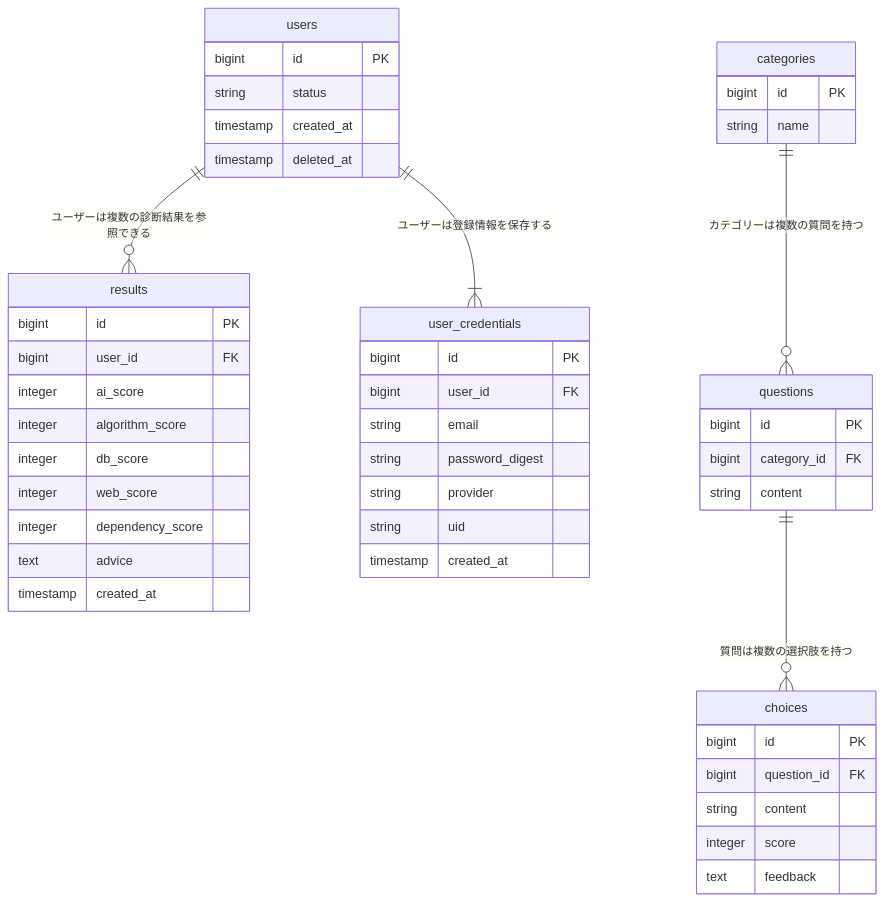
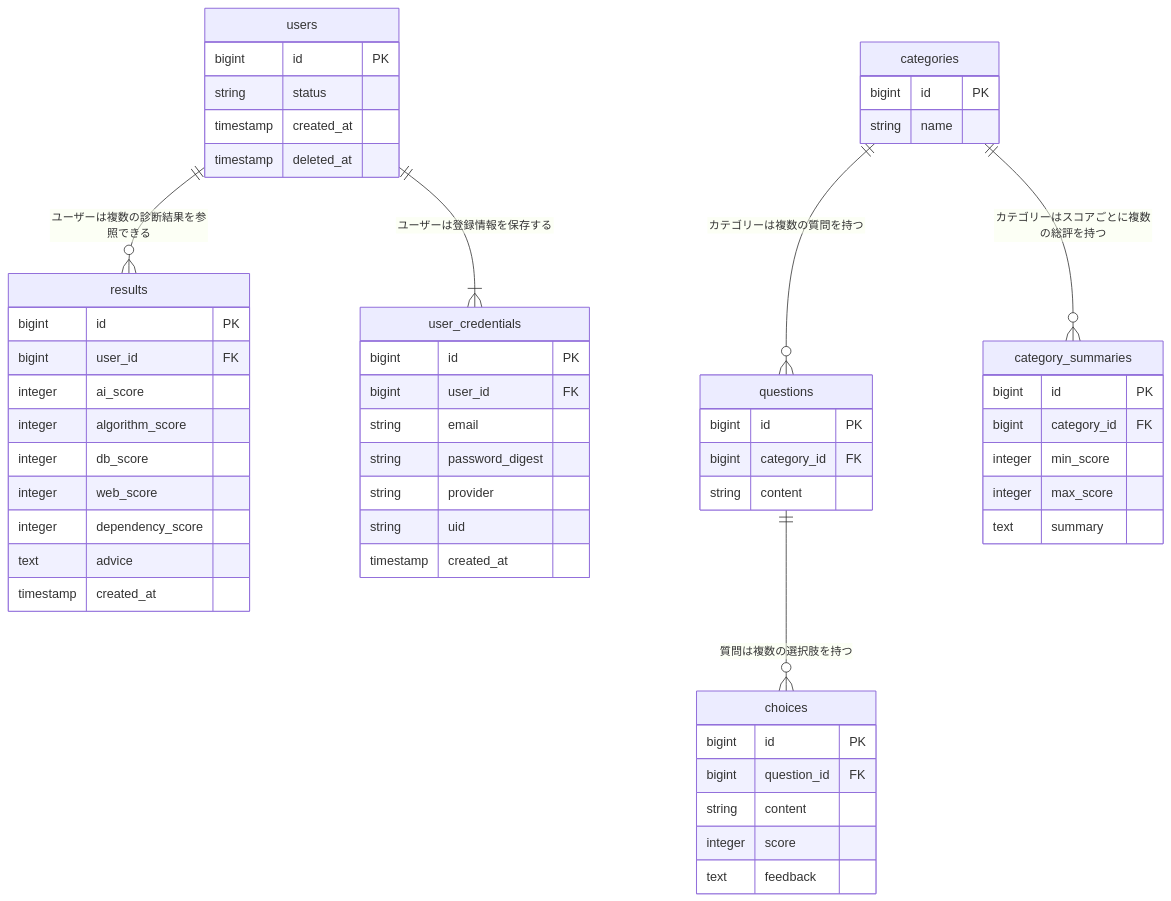
One commit to rei-dev99/comprehension-debt-checker changed the diagram in README.md. Above: the diagram before and after it, drawn with Mermaid.

Commit message:
update: ER

````diff
--- a/README.md
+++ b/README.md
@@ -98,56 +98,64 @@
 ```mermaid
 erDiagram
     users ||--o{ results : ユーザーは複数の診断結果を参照できる
     users ||--|{ user_credentials : ユーザーは登録情報を保存する
-
     categories ||--o{ questions : "カテゴリーは複数の質問を持つ"
     questions ||--o{ choices : "質問は複数の選択肢を持つ"
+    categories ||--o{ category_summaries : カテゴリーはスコアごとに複数の総評を持つ
 
     users {
         bigint id PK
         string status
         timestamp created_at
         timestamp deleted_at
     }
 
     user_credentials {
         bigint id PK
         bigint user_id FK
         string email
         string password_digest
         string provider
         string uid
         timestamp created_at
     }
 
     categories {
         bigint id PK
         string name
     }
 
     questions {
         bigint id PK
         bigint category_id FK
         string content
     }
 
     choices {
       bigint id PK
       bigint question_id FK
       string content
       integer score
       text feedback
     }
 
     results {
         bigint id PK
         bigint user_id FK
         integer ai_score
         integer algorithm_score
         integer db_score
         integer web_score
         integer dependency_score
         text advice
         timestamp created_at
     }
+
+    category_summaries {
+        bigint id PK
+        bigint category_id FK
+        integer min_score
+        integer max_score
+        text summary
+    }
 ```
````
